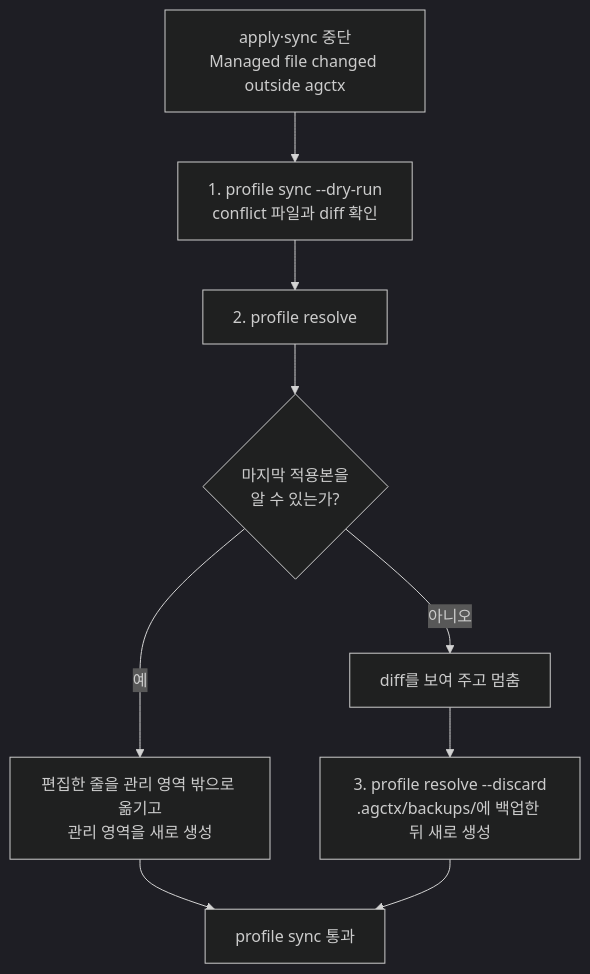
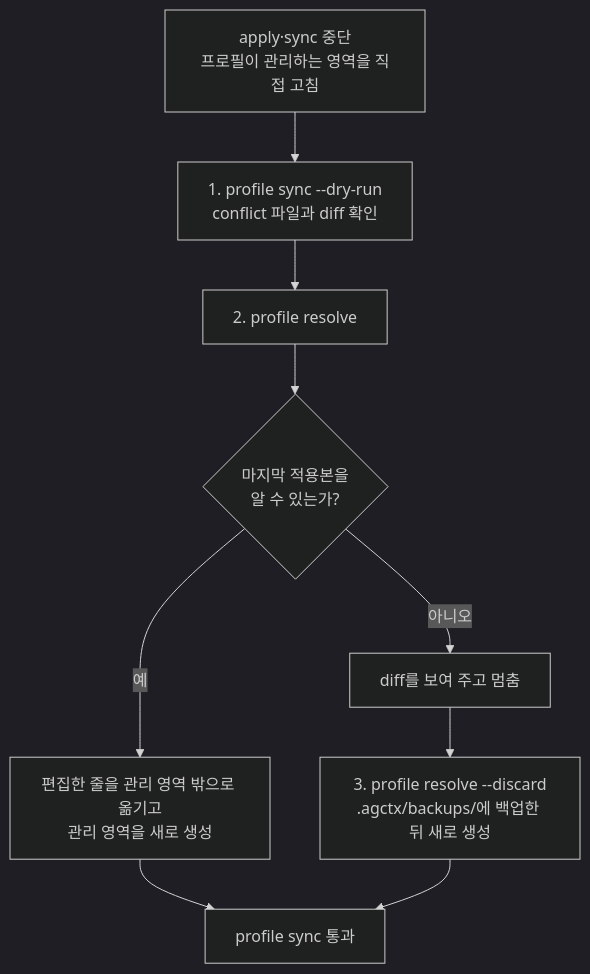
The second of 2 diagrams in docs/concepts/managed-and-extension-areas.md (IsthisLee/agent-context-manager), drawn with Mermaid (dark theme) before and after one commit. The commit also changed other lines of this file and 81 other files, not shown here.

````diff
--- a/docs/concepts/managed-and-extension-areas.md
+++ b/docs/concepts/managed-and-extension-areas.md
@@ -40,11 +67,11 @@
 ```mermaid
 flowchart TD
-  STOP["apply·sync 중단<br/>Managed file changed outside agctx"] --> SEE["1. profile sync --dry-run<br/>conflict 파일과 diff 확인"]
+  STOP["apply·sync 중단<br/>프로필이 관리하는 영역을 직접 고침"] --> SEE["1. profile sync --dry-run<br/>conflict 파일과 diff 확인"]
   SEE --> RESOLVE["2. profile resolve"]
   RESOLVE --> Q{"마지막 적용본을<br/>알 수 있는가?"}
   Q -->|"예"| MOVE["편집한 줄을 관리 영역 밖으로 옮기고<br/>관리 영역을 새로 생성"]
   Q -->|"아니오"| HALT["diff를 보여 주고 멈춤"]
   HALT --> DISCARD["3. profile resolve --discard<br/>.agctx/backups/에 백업한 뒤 새로 생성"]
   MOVE --> OK["profile sync 통과"]
   DISCARD --> OK
 ```
````
